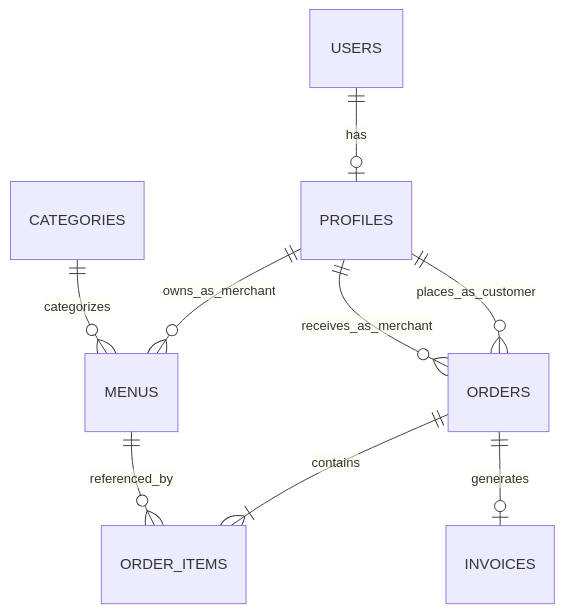
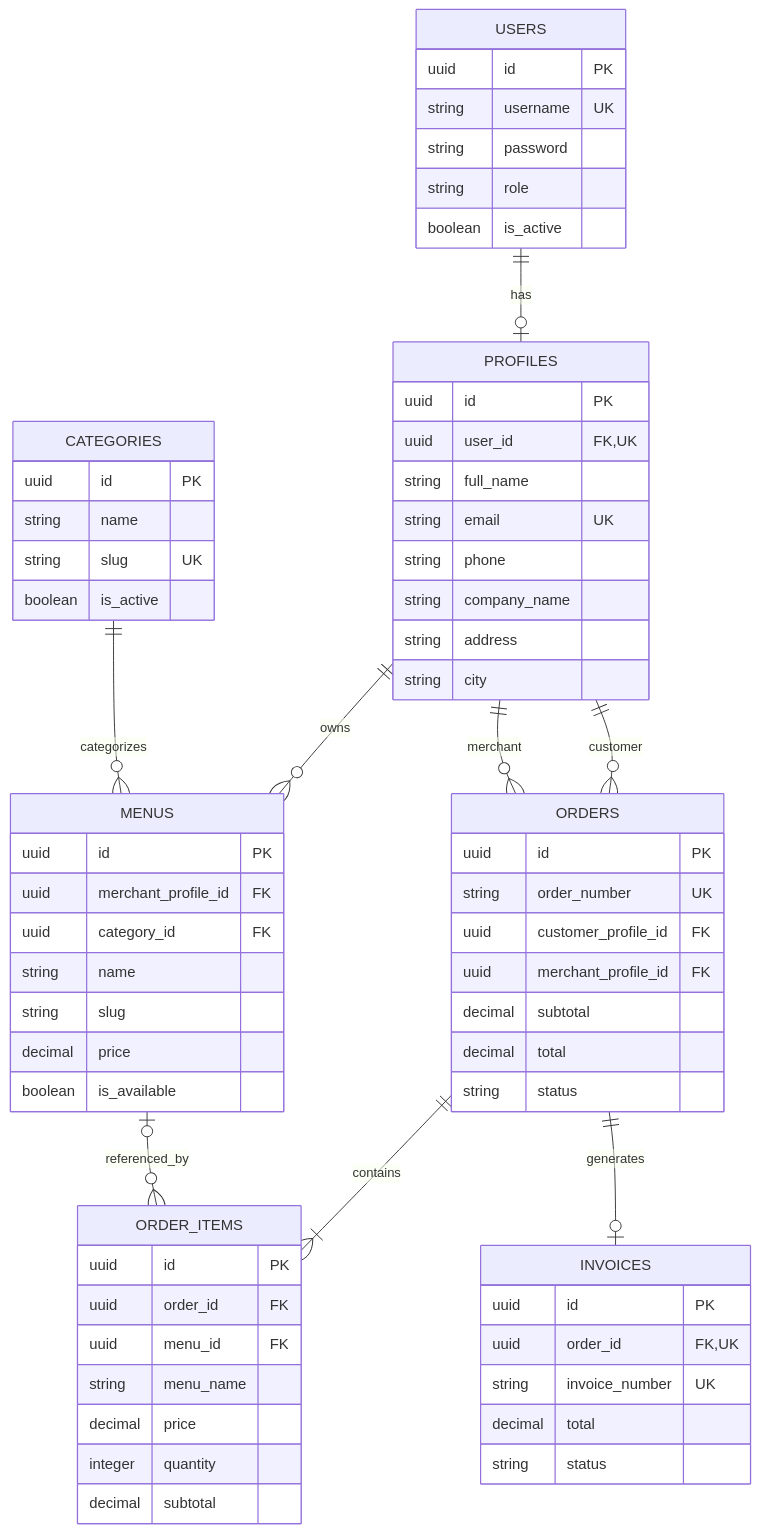
One commit to StackOverfloweds/marketplace-katering-api changed the diagram in Readme.md. Above: the diagram before and after it, drawn with Mermaid. The commit also changed other lines of this file and 69 other files, not shown here.

````diff
--- a/Readme.md
+++ b/Readme.md
@@ -214,11 +360,75 @@
-``` mermaid
+```mermaid
 erDiagram
     USERS ||--o| PROFILES : has
-    PROFILES ||--o{ MENUS : owns_as_merchant
+    PROFILES ||--o{ MENUS : owns
     CATEGORIES ||--o{ MENUS : categorizes
-    PROFILES ||--o{ ORDERS : places_as_customer
-    PROFILES ||--o{ ORDERS : receives_as_merchant
+    PROFILES ||--o{ ORDERS : customer
+    PROFILES ||--o{ ORDERS : merchant
     ORDERS ||--|{ ORDER_ITEMS : contains
-    MENUS ||--o{ ORDER_ITEMS : referenced_by
+    MENUS o|--o{ ORDER_ITEMS : referenced_by
     ORDERS ||--o| INVOICES : generates
+
+    USERS {
+        uuid id PK
+        string username UK
+        string password
+        string role
+        boolean is_active
+    }
+
+    PROFILES {
+        uuid id PK
+        uuid user_id FK,UK
+        string full_name
+        string email UK
+        string phone
+        string company_name
+        string address
+        string city
+    }
+
+    CATEGORIES {
+        uuid id PK
+        string name
+        string slug UK
+        boolean is_active
+    }
+
+    MENUS {
+        uuid id PK
+        uuid merchant_profile_id FK
+        uuid category_id FK
+        string name
+        string slug
+        decimal price
+        boolean is_available
+    }
+
+    ORDERS {
+        uuid id PK
+        string order_number UK
+        uuid customer_profile_id FK
+        uuid merchant_profile_id FK
+        decimal subtotal
+        decimal total
+        string status
+    }
+
+    ORDER_ITEMS {
+        uuid id PK
+        uuid order_id FK
+        uuid menu_id FK
+        string menu_name
+        decimal price
+        integer quantity
+        decimal subtotal
+    }
+
+    INVOICES {
+        uuid id PK
+        uuid order_id FK,UK
+        string invoice_number UK
+        decimal total
+        string status
+    }
 ```
````
